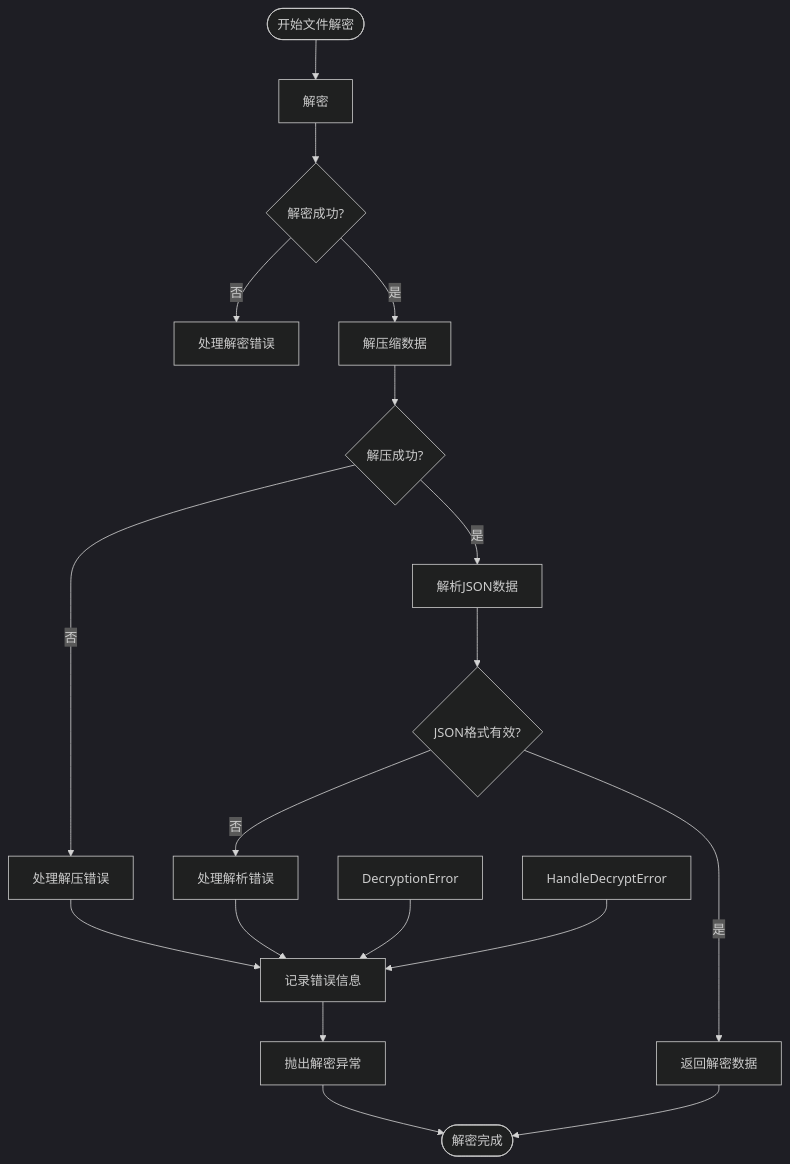
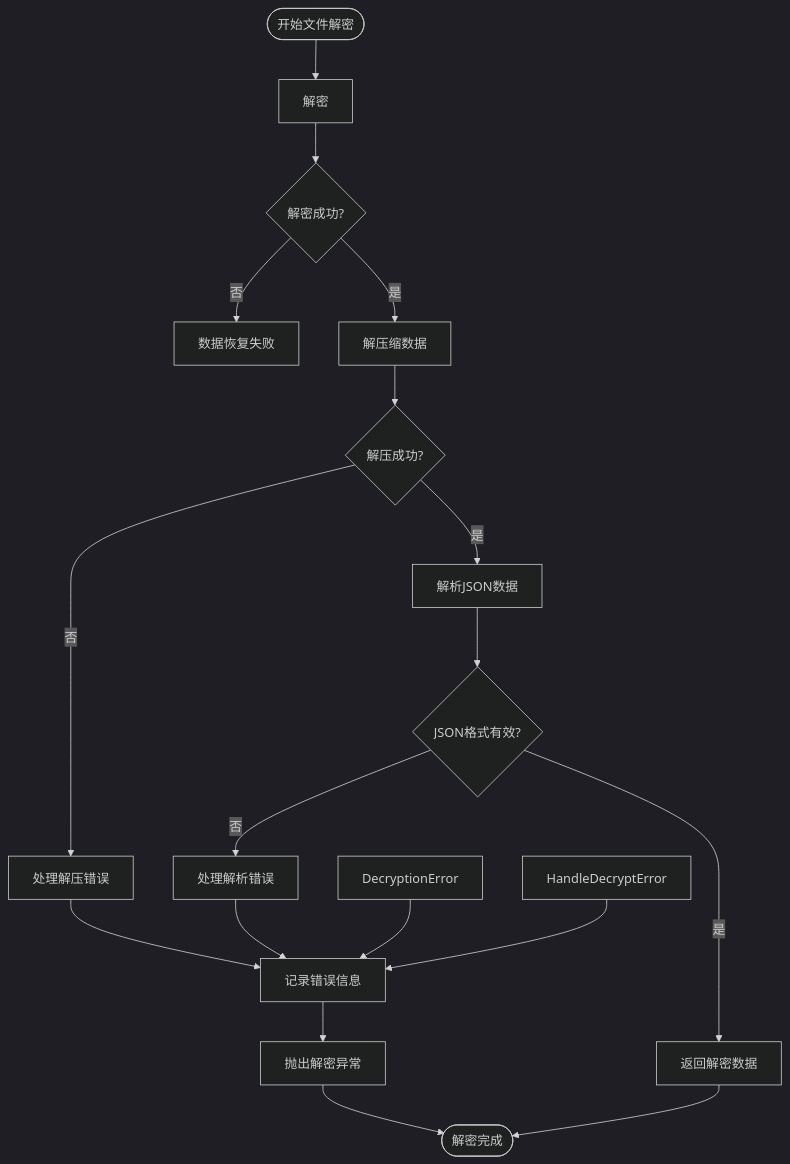
One commit to yingjianzh/iodraw-files changed the diagram in all/未命名-53.md. Above: the diagram before and after it, drawn with Mermaid (dark theme).

Commit message:
2025-05-09 18:09:43 update

````diff
--- a/all/未命名-53.md
+++ b/all/未命名-53.md
@@ -1,26 +1,26 @@
 ```mermaid
 flowchart TD
     Start([开始文件解密]) --> ReadFile[解密]
     ReadFile --> DecryptionSuccess{解密成功?}
     
-    DecryptionSuccess -->|否| A[处理解密错误]
+    DecryptionSuccess -->|否| A[数据恢复失败]
     DecryptionSuccess -->|是| DecompressData[解压缩数据]
     
     DecompressData --> DecompressionSuccess{解压成功?}
     DecompressionSuccess -->|否| HandleDecompressError[处理解压错误]
     DecompressionSuccess -->|是| ParseJSON[解析JSON数据]
     
     ParseJSON --> JSONValid{JSON格式有效?}
     JSONValid -->|否| HandleParseError[处理解析错误]
     JSONValid -->|是| ReturnDecryptedData[返回解密数据]
     
     ReturnDecryptedData --> End([解密完成])
     
     DecryptionError --> LogError[记录错误信息]
     HandleDecryptError --> LogError
     HandleDecompressError --> LogError
     HandleParseError --> LogError
     
     LogError --> ThrowException[抛出解密异常]
     ThrowException --> End
 ```
````
